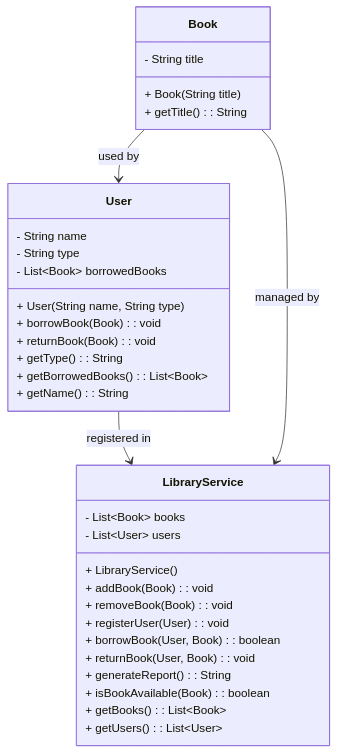
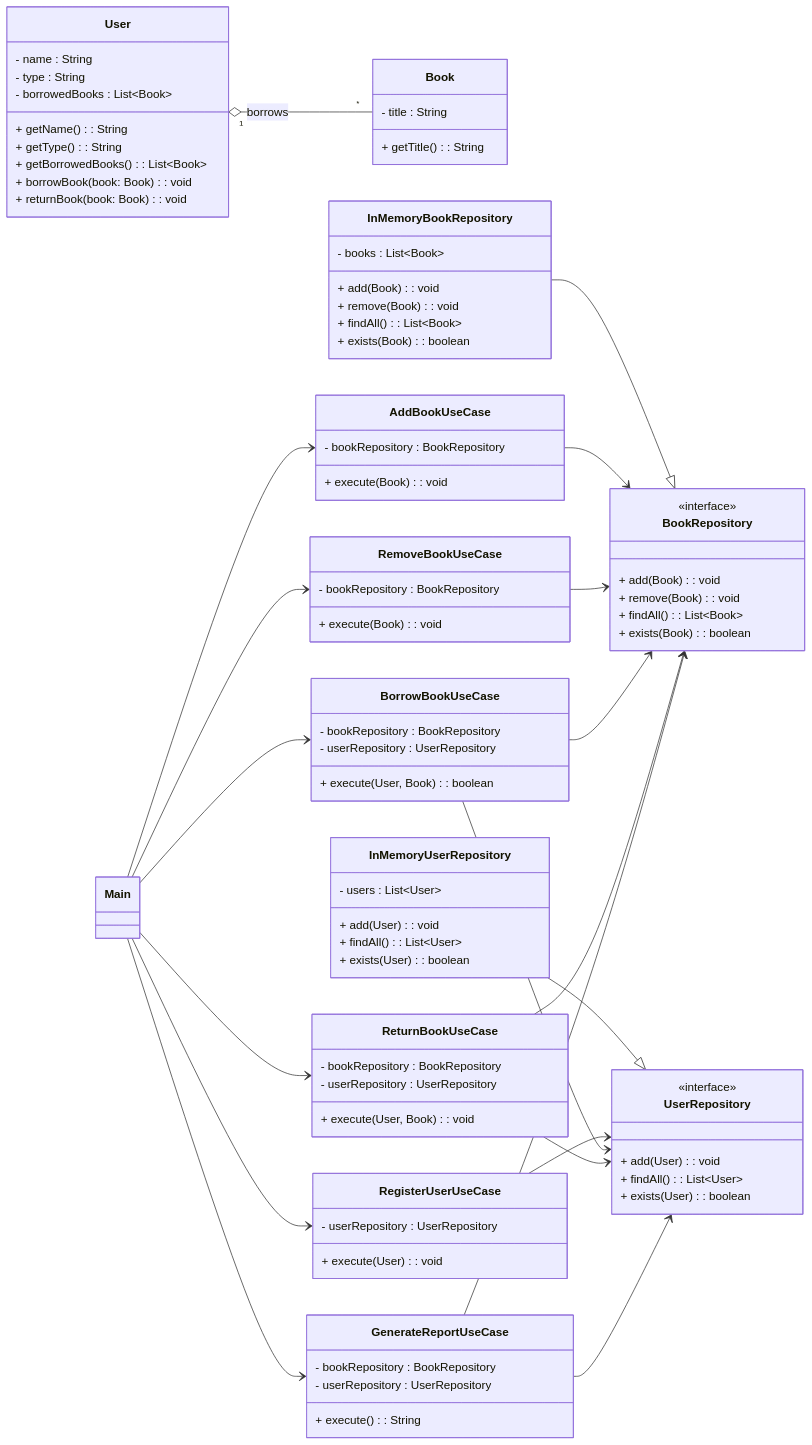
Before and after one commit to joelibaceta/BibliotecaSinArquitectura: the first of 3 diagrams in README.md, drawn with Mermaid. The commit also changed other lines of this file and 18 other files, not shown here.

Commit message:
Resoluacion examen Refactor, diagrama de clases, secuencia y componentes

````diff
--- a/README.md
+++ b/README.md
@@ -78,40 +80,110 @@
 ```mermaid
 
 classDiagram
+    direction LR
+
     class Book {
-        - String title
-        + Book(String title)
-        + getTitle(): String
+        - title : String
+        + getTitle() : String
     }
 
     class User {
-        - String name
-        - String type
-        - List~Book~ borrowedBooks
-        + User(String name, String type)
-        + borrowBook(Book): void
-        + returnBook(Book): void
-        + getType(): String
-        + getBorrowedBooks(): List~Book~
-        + getName(): String
+        - name : String
+        - type : String
+        - borrowedBooks : List~Book~
+        + getName() : String
+        + getType() : String
+        + getBorrowedBooks() : List~Book~
+        + borrowBook(book: Book) : void
+        + returnBook(book: Book) : void
     }
 
-    class LibraryService {
-        - List~Book~ books
-        - List~User~ users
-        + LibraryService()
-        + addBook(Book): void
-        + removeBook(Book): void
-        + registerUser(User): void
-        + borrowBook(User, Book): boolean
-        + returnBook(User, Book): void
-        + generateReport(): String
-        + isBookAvailable(Book): boolean
-        + getBooks(): List~Book~
-        + getUsers(): List~User~
+    class BookRepository {
+        <<interface>>
+        + add(Book) : void
+        + remove(Book) : void
+        + findAll() : List~Book~
+        + exists(Book) : boolean
     }
 
-    Book --> User : used by
-    User --> LibraryService : registered in
-    Book --> LibraryService : managed by
+    class UserRepository {
+        <<interface>>
+        + add(User) : void
+        + findAll() : List~User~
+        + exists(User) : boolean
+    }
+
+    class InMemoryBookRepository {
+        - books : List~Book~
+        + add(Book) : void
+        + remove(Book) : void
+        + findAll() : List~Book~
+        + exists(Book) : boolean
+    }
+
+    class InMemoryUserRepository {
+        - users : List~User~
+        + add(User) : void
+        + findAll() : List~User~
+        + exists(User) : boolean
+    }
+
+    class AddBookUseCase {
+        - bookRepository : BookRepository
+        + execute(Book) : void
+    }
+
+    class RemoveBookUseCase {
+        - bookRepository : BookRepository
+        + execute(Book) : void
+    }
+
+    class RegisterUserUseCase {
+        - userRepository : UserRepository
+        + execute(User) : void
+    }
+
+    class BorrowBookUseCase {
+        - bookRepository : BookRepository
+        - userRepository : UserRepository
+        + execute(User, Book) : boolean
+    }
+
+    class ReturnBookUseCase {
+        - bookRepository : BookRepository
+        - userRepository : UserRepository
+        + execute(User, Book) : void
+    }
+
+    class GenerateReportUseCase {
+        - bookRepository : BookRepository
+        - userRepository : UserRepository
+        + execute() : String
+    }
+
+    class Main
+
+    %% Relationships
+    InMemoryBookRepository --|> BookRepository
+    InMemoryUserRepository --|> UserRepository
+
+    AddBookUseCase --> BookRepository
+    RemoveBookUseCase --> BookRepository
+    RegisterUserUseCase --> UserRepository
+    BorrowBookUseCase --> BookRepository
+    BorrowBookUseCase --> UserRepository
+    ReturnBookUseCase --> BookRepository
+    ReturnBookUseCase --> UserRepository
+    GenerateReportUseCase --> BookRepository
+    GenerateReportUseCase --> UserRepository
+
+    Main --> AddBookUseCase
+    Main --> RemoveBookUseCase
+    Main --> RegisterUserUseCase
+    Main --> BorrowBookUseCase
+    Main --> ReturnBookUseCase
+    Main --> GenerateReportUseCase
+
+    User "1" o-- "*" Book : borrows
+
 ```
````
